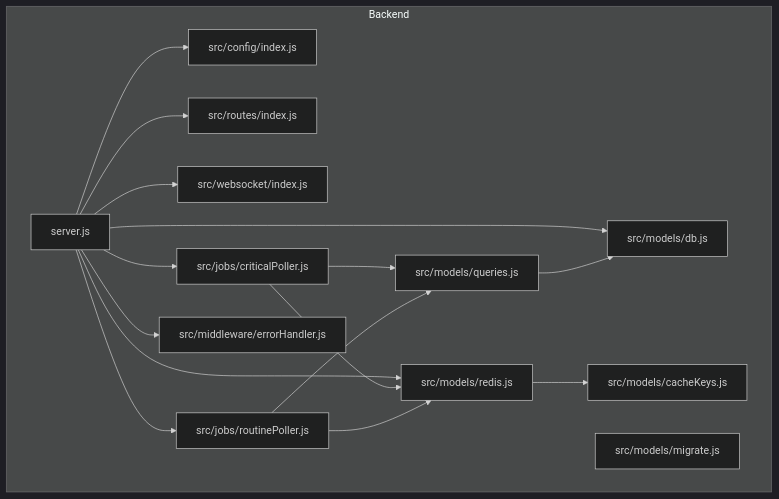
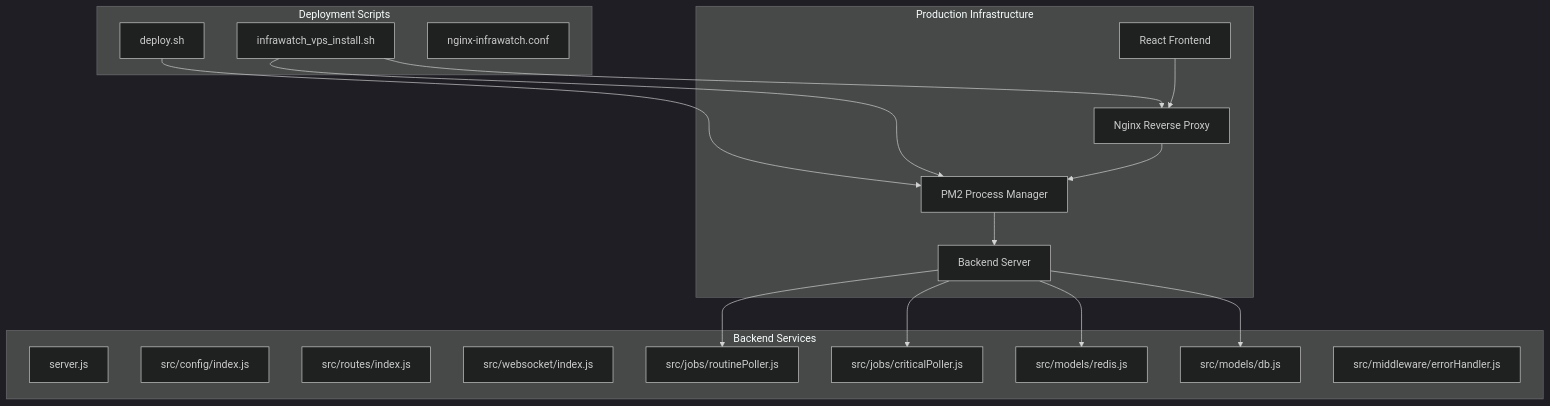
Before and after one commit to RunTimeAdmin/InfraWatch: the first of 3 diagrams in .qoder/repowiki/en/content/Deployment & Maintenance.md, drawn with Mermaid (dark theme). The commit also changed other lines of this file and 12 other files, not shown here.

````diff
--- a/.qoder/repowiki/en/content/Deployment & Maintenance.md
+++ b/.qoder/repowiki/en/content/Deployment & Maintenance.md
@@ -38,31 +59,35 @@
 ```mermaid
 graph TB
-subgraph "Backend"
+subgraph "Production Infrastructure"
+Nginx["Nginx Reverse Proxy"]
+PM2["PM2 Process Manager"]
+Backend["Backend Server"]
+Frontend["React Frontend"]
+end
+subgraph "Backend Services"
 S["server.js"]
 CFG["src/config/index.js"]
 RT["src/routes/index.js"]
 WS["src/websocket/index.js"]
 DB["src/models/db.js"]
 RDS["src/models/redis.js"]
-CK["src/models/cacheKeys.js"]
-Q["src/models/queries.js"]
-MP["src/models/migrate.js"]
 CP["src/jobs/criticalPoller.js"]
 RP["src/jobs/routinePoller.js"]
 EH["src/middleware/errorHandler.js"]
 end
-S --> CFG
-S --> RT
-S --> WS
-S --> DB
-S --> RDS
-S --> CP
-S --> RP
-S --> EH
-CP --> Q
-CP --> RDS
-RP --> Q
-RP --> RDS
-Q --> DB
-RDS --> CK
+subgraph "Deployment Scripts"
+Deploy["deploy.sh"]
+Install["infrawatch_vps_install.sh"]
+NginxConf["nginx-infrawatch.conf"]
+end
+Nginx --> PM2
+PM2 --> Backend
+Backend --> DB
+Backend --> RDS
+Backend --> CP
+Backend --> RP
+Frontend --> Nginx
+Deploy --> PM2
+Install --> Nginx
+Install --> PM2
 ```
````
